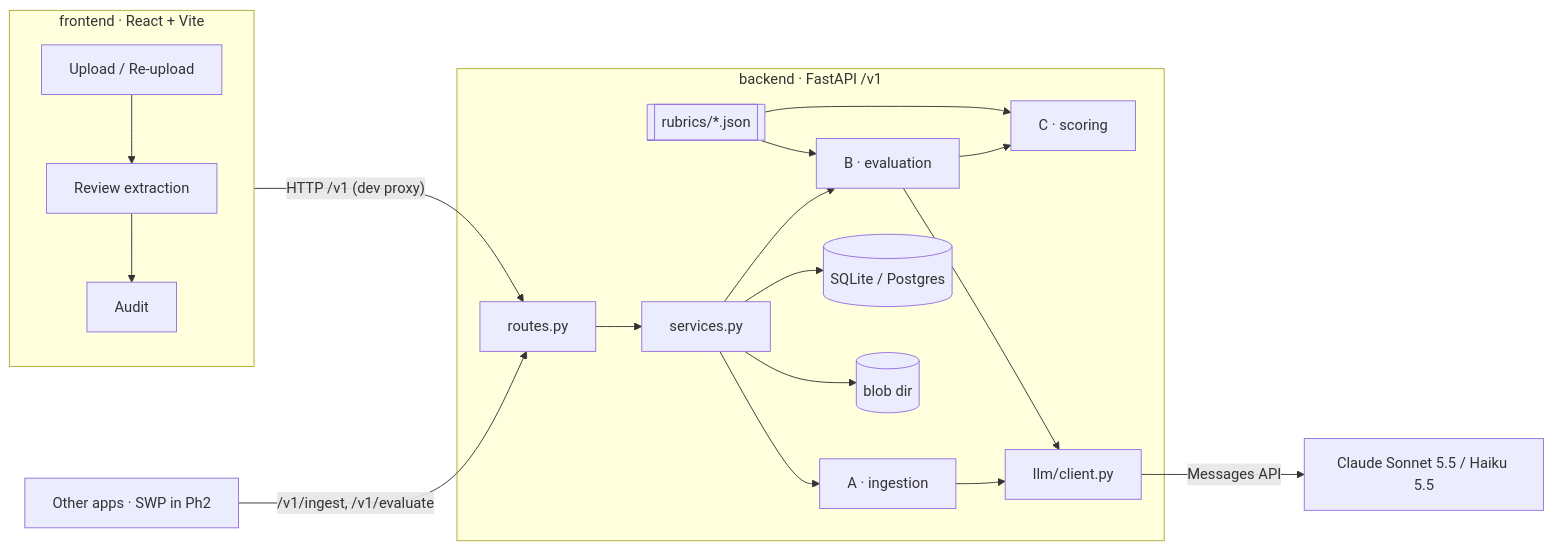
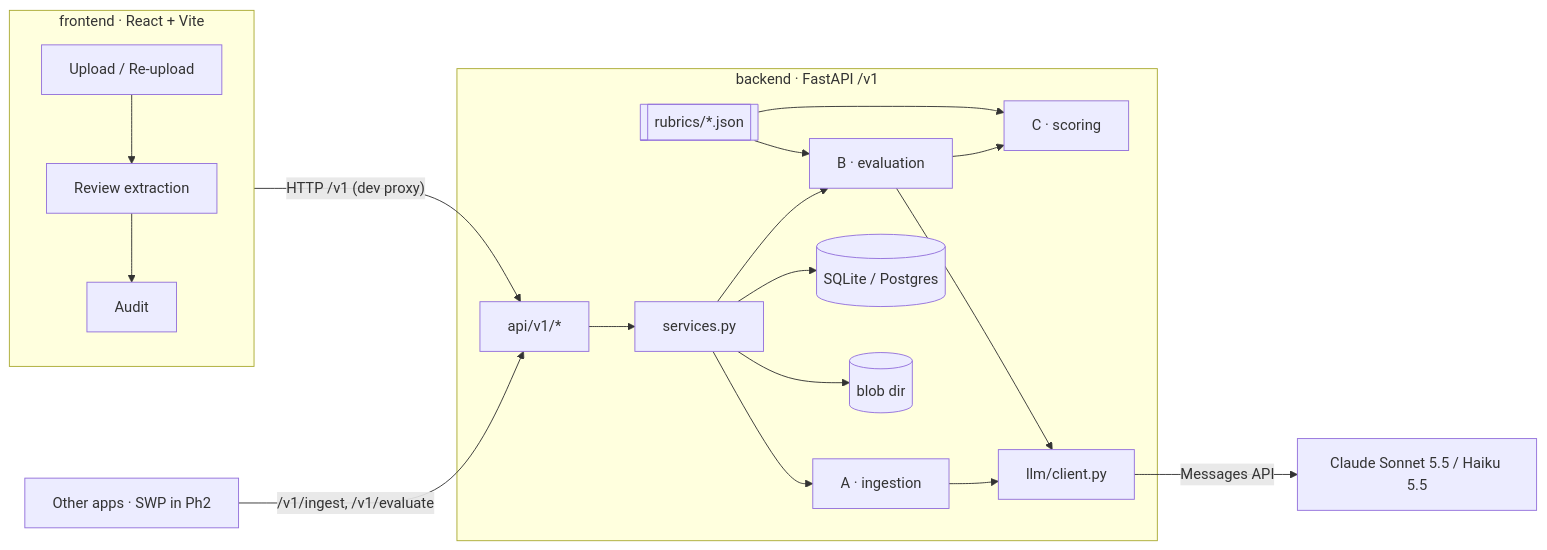
The first of 2 diagrams in docs/architecture/overview.md (orcalean/SW-Worldclass_B), drawn with Mermaid before and after one commit. The commit also changed other lines of this file and 25 other files, not shown here.

````diff
--- a/docs/architecture/overview.md
+++ b/docs/architecture/overview.md
@@ -7,19 +7,19 @@
 ```mermaid
 flowchart LR
   subgraph FE[frontend · React + Vite]
     UP[Upload / Re-upload] --> RV[Review extraction] --> AU[Audit]
   end
   subgraph BE[backend · FastAPI /v1]
-    API[routes.py] --> SVC[services.py]
+    API[api/v1/*] --> SVC[services.py]
     SVC --> A[A · ingestion]
     SVC --> B[B · evaluation]
     B --> C[C · scoring]
     A & B --> LLM[llm/client.py]
     SVC --> DB[(SQLite / Postgres)]
     SVC --> BL[(blob dir)]
     RUB[[rubrics/*.json]] --> B & C
   end
   EXT[Other apps · SWP in Ph2] -- "/v1/ingest, /v1/evaluate" --> API
   FE -- "HTTP /v1 (dev proxy)" --> API
   LLM -- "Messages API" --> CL[Claude Sonnet 5.5 / Haiku 5.5]
 ```
````
